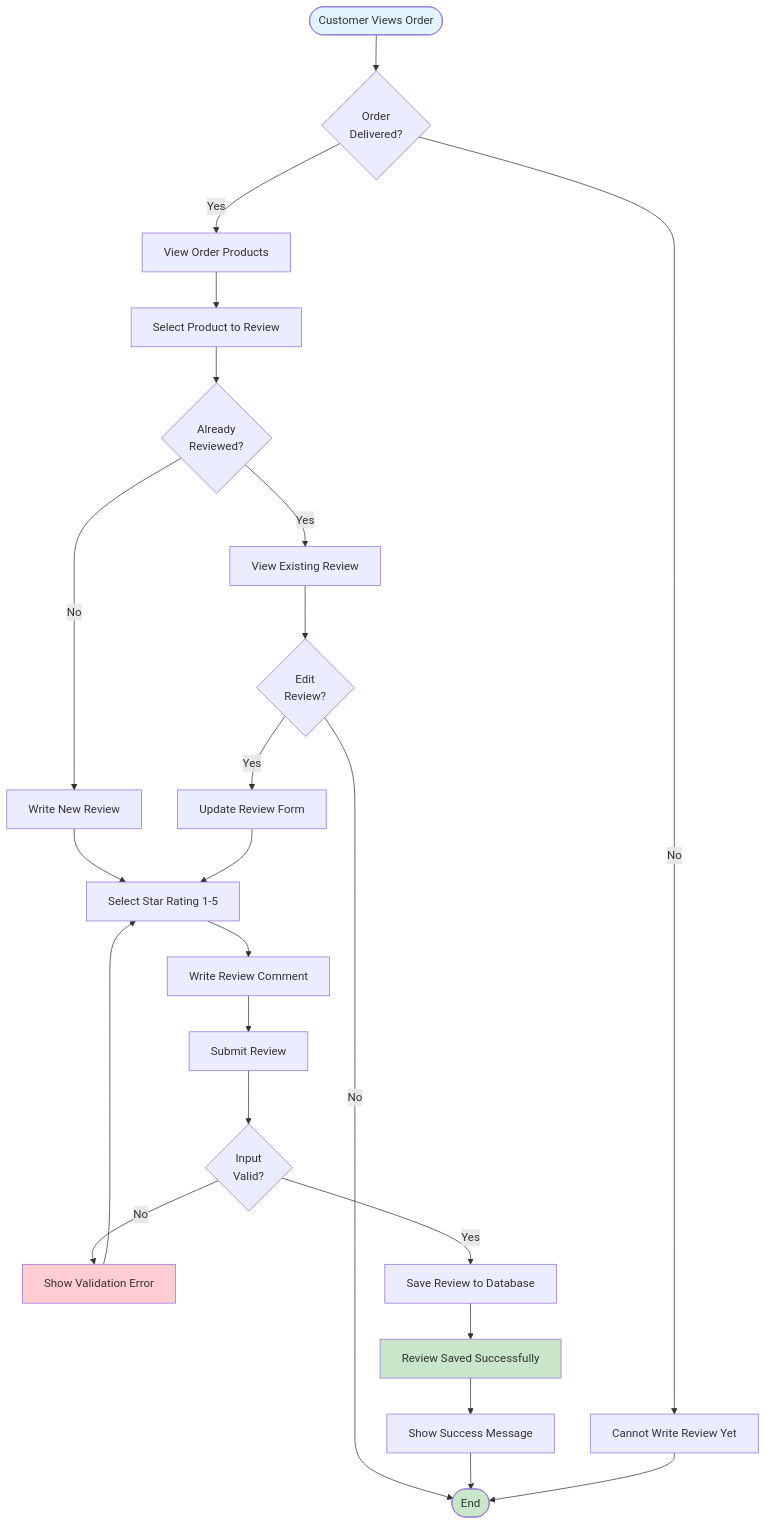
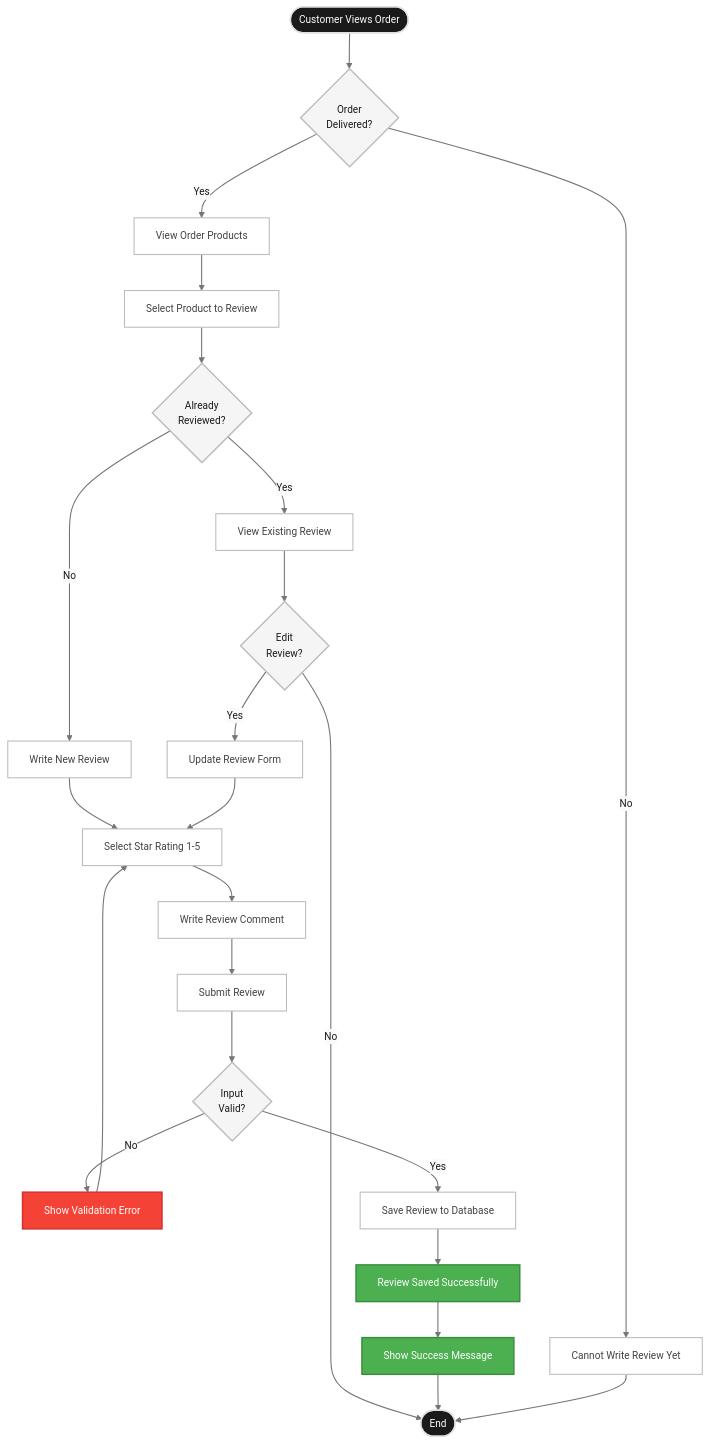
One commit to alfrzdv/teoriwarna changed the fifth of 6 diagrams in FLOWCHARTS.md. Above: the diagram before and after it, drawn with Mermaid. The commit also changed other lines of this file and 2 other files, not shown here.

Commit message:
add flowchart gabungan

````diff
--- a/FLOWCHARTS.md
+++ b/FLOWCHARTS.md
@@ -317,40 +357,51 @@
 ```mermaid
+%%{init: {'theme':'base', 'themeVariables': { 'primaryColor':'#ffffff','primaryTextColor':'#1a1a1a','primaryBorderColor':'#e0e0e0','lineColor':'#757575','secondaryColor':'#fafafa','tertiaryColor':'#f5f5f5','background':'#ffffff','fontSize':'14px','fontFamily':'Georgia, serif'}}}%%
+
 flowchart TD
     Start([Customer Views Order]) --> CheckStatus{Order<br/>Delivered?}
 
     CheckStatus -->|No| CannotReview[Cannot Write Review Yet]
     CheckStatus -->|Yes| ViewProducts[View Order Products]
 
     ViewProducts --> SelectProduct[Select Product to Review]
 
     SelectProduct --> CheckExisting{Already<br/>Reviewed?}
     CheckExisting -->|Yes| ViewExisting[View Existing Review]
     CheckExisting -->|No| WriteReview[Write New Review]
 
     ViewExisting --> EditReview{Edit<br/>Review?}
     EditReview -->|Yes| UpdateReview[Update Review Form]
     EditReview -->|No| End([End])
 
     WriteReview --> FillRating[Select Star Rating 1-5]
     UpdateReview --> FillRating
 
     FillRating --> WriteComment[Write Review Comment]
     WriteComment --> SubmitReview[Submit Review]
 
     SubmitReview --> ValidateInput{Input<br/>Valid?}
     ValidateInput -->|No| ShowValidationError[Show Validation Error]
     ValidateInput -->|Yes| SaveReview[Save Review to Database]
 
     ShowValidationError --> FillRating
 
     SaveReview --> ReviewSaved[Review Saved Successfully]
     ReviewSaved --> ShowSuccess[Show Success Message]
 
     ShowSuccess --> End
     CannotReview --> End
 
-    style Start fill:#e1f5ff
-    style End fill:#c8e6c9
-    style ReviewSaved fill:#c8e6c9
-    style ShowValidationError fill:#ffcdd2
+    classDef startEnd fill:#1a1a1a,stroke:#e0e0e0,stroke-width:2px,color:#ffffff
+    classDef success fill:#4caf50,stroke:#388e3c,stroke-width:2px,color:#ffffff
+    classDef error fill:#f44336,stroke:#d32f2f,stroke-width:2px,color:#ffffff
+    classDef process fill:#ffffff,stroke:#bdbdbd,stroke-width:1.5px,color:#424242
+    classDef decision fill:#f5f5f5,stroke:#bdbdbd,stroke-width:2px,color:#1a1a1a
+    
+    class Start,End startEnd
+    class ReviewSaved,ShowSuccess success
+    class ShowValidationError error
+    class ViewProducts,SelectProduct,ViewExisting,WriteReview,UpdateReview,FillRating,WriteComment,SubmitReview,SaveReview,CannotReview process
+    class CheckStatus,CheckExisting,EditReview,ValidateInput decision
+    
+    linkStyle default stroke:#757575,stroke-width:1.5px
 ```
````
